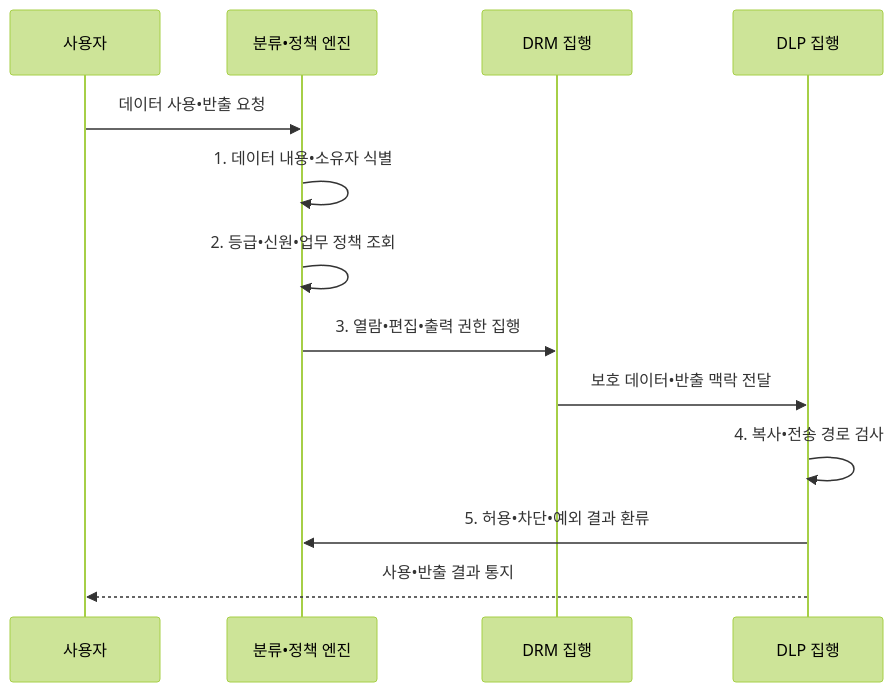
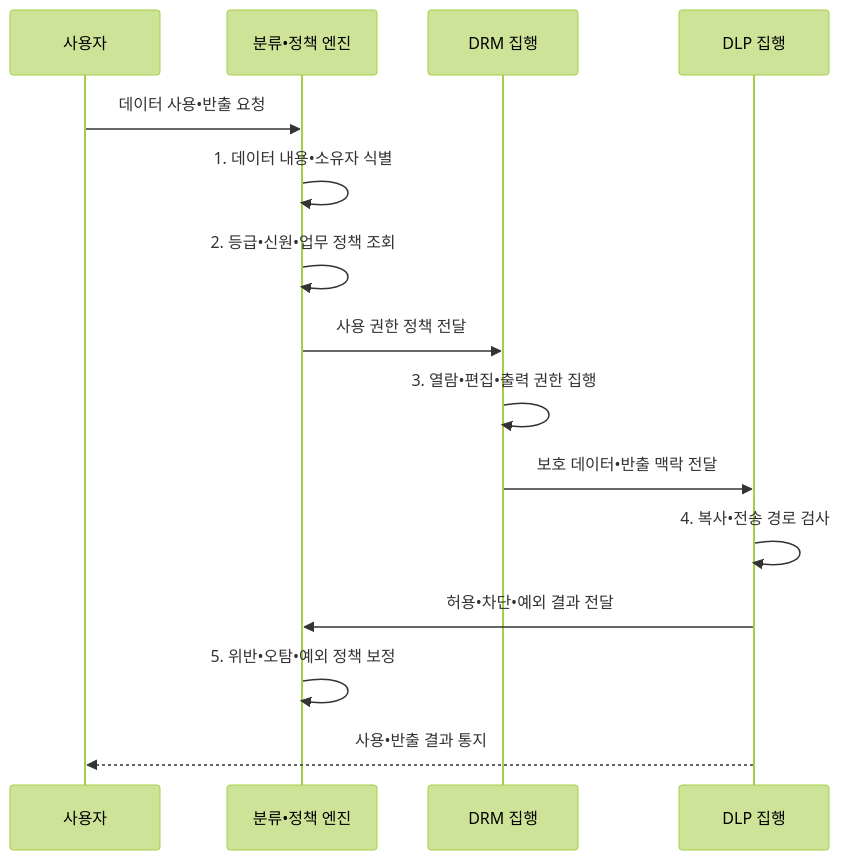
Before and after one commit to agnusdei1207/knowledge-base: the second of 2 diagrams in src/content/docs/notes/05-security/142_drm_dlp.md, drawn with Mermaid (forest theme). The commit also changed other lines of this file and 6 other files, not shown here.

````diff
--- a/src/content/docs/notes/05-security/142_drm_dlp.md
+++ b/src/content/docs/notes/05-security/142_drm_dlp.md
@@ -103,15 +103,17 @@
 ```mermaid
 sequenceDiagram
   participant U as 사용자
   participant P as 분류•정책 엔진
   participant R as DRM 집행
   participant D as DLP 집행
   U->>P: 데이터 사용•반출 요청
   P->>P: 1. 데이터 내용•소유자 식별
   P->>P: 2. 등급•신원•업무 정책 조회
-  P->>R: 3. 열람•편집•출력 권한 집행
+  P->>R: 사용 권한 정책 전달
+  R->>R: 3. 열람•편집•출력 권한 집행
   R->>D: 보호 데이터•반출 맥락 전달
   D->>D: 4. 복사•전송 경로 검사
-  D->>P: 5. 허용•차단•예외 결과 환류
+  D->>P: 허용•차단•예외 결과 전달
+  P->>P: 5. 위반•오탐•예외 정책 보정
   D-->>U: 사용•반출 결과 통지
 ```
````
